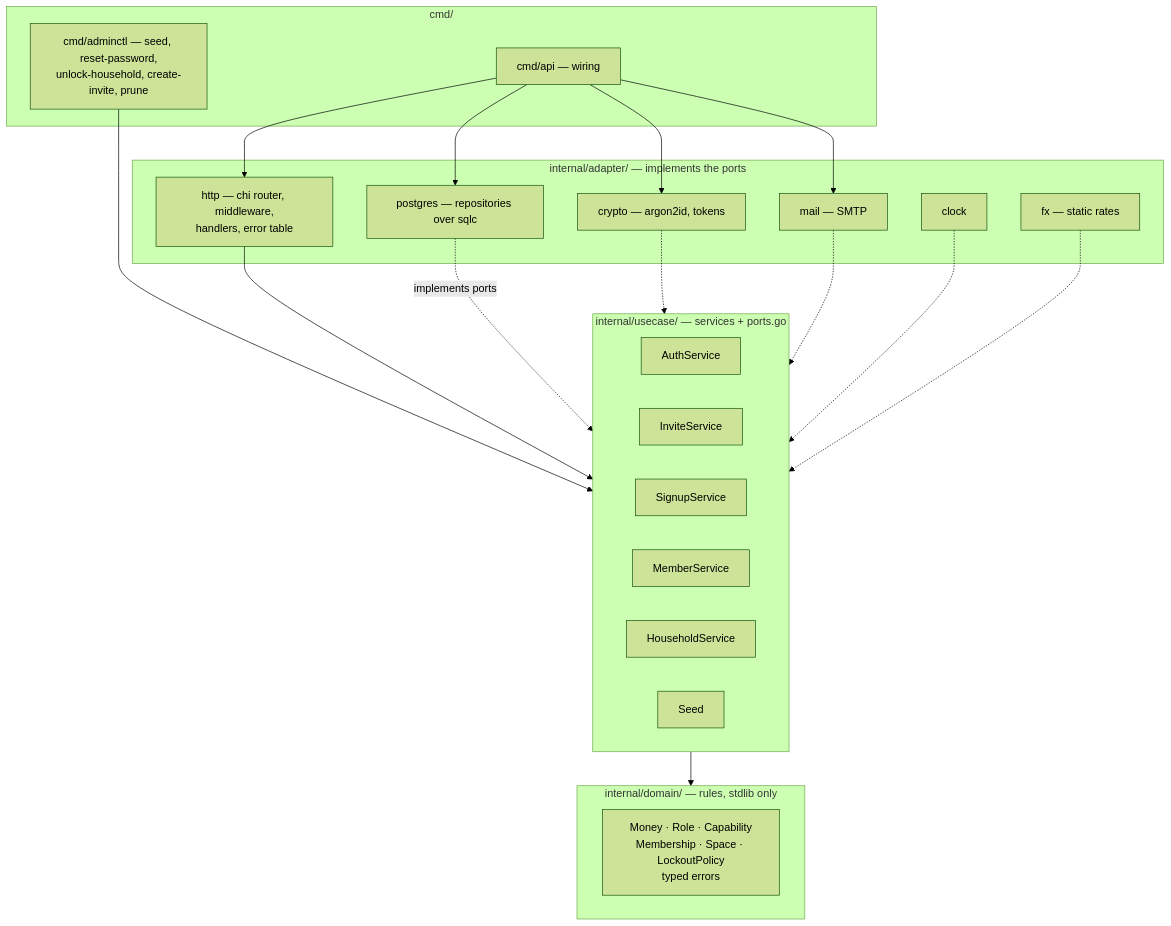
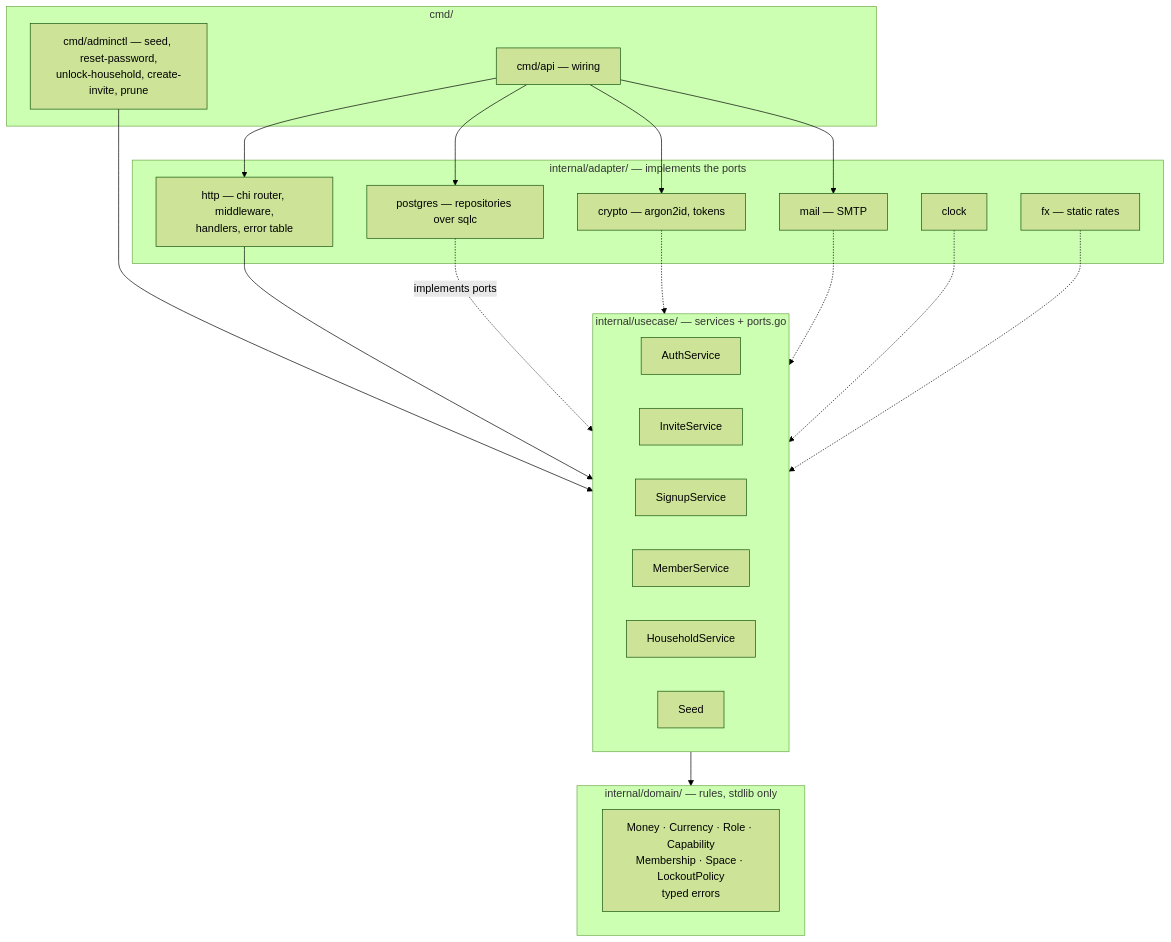
Before and after one commit to oandrz/Household: the second of 9 diagrams in docs/SYSTEM_DESIGN.md, drawn with Mermaid (forest theme). The commit also changed other lines of this file and 2 other files, not shown here.

First line of the commit message:
docs: record the rate-limit composition lesson and currency domain rule

````diff
--- a/docs/SYSTEM_DESIGN.md
+++ b/docs/SYSTEM_DESIGN.md
@@ -68,42 +68,42 @@
 ```mermaid
 graph TD
     subgraph cmd["cmd/"]
         Main["cmd/api — wiring"]
         Admin["cmd/adminctl — seed, reset-password,<br/>unlock-household, create-invite, prune"]
     end
 
     subgraph adapters["internal/adapter/ — implements the ports"]
         HTTP["http — chi router, middleware,<br/>handlers, error table"]
         PGA["postgres — repositories over sqlc"]
         Crypto["crypto — argon2id, tokens"]
         MailA["mail — SMTP"]
         Clock["clock"]
         FX["fx — static rates"]
     end
 
     subgraph usecase["internal/usecase/ — services + ports.go"]
         Auth["AuthService"]
         Invite["InviteService"]
         Signup["SignupService"]
         Member["MemberService"]
         House["HouseholdService"]
         Seed["Seed"]
     end
 
     subgraph domain["internal/domain/ — rules, stdlib only"]
-        Rules["Money · Role · Capability<br/>Membership · Space · LockoutPolicy<br/>typed errors"]
+        Rules["Money · Currency · Role · Capability<br/>Membership · Space · LockoutPolicy<br/>typed errors"]
     end
 
     Main --> HTTP
     Main --> PGA
     Main --> Crypto
     Main --> MailA
     Admin --> usecase
     HTTP --> usecase
     usecase --> domain
     PGA -.->|implements ports| usecase
     Crypto -.-> usecase
     MailA -.-> usecase
     Clock -.-> usecase
     FX -.-> usecase
 ```
````
